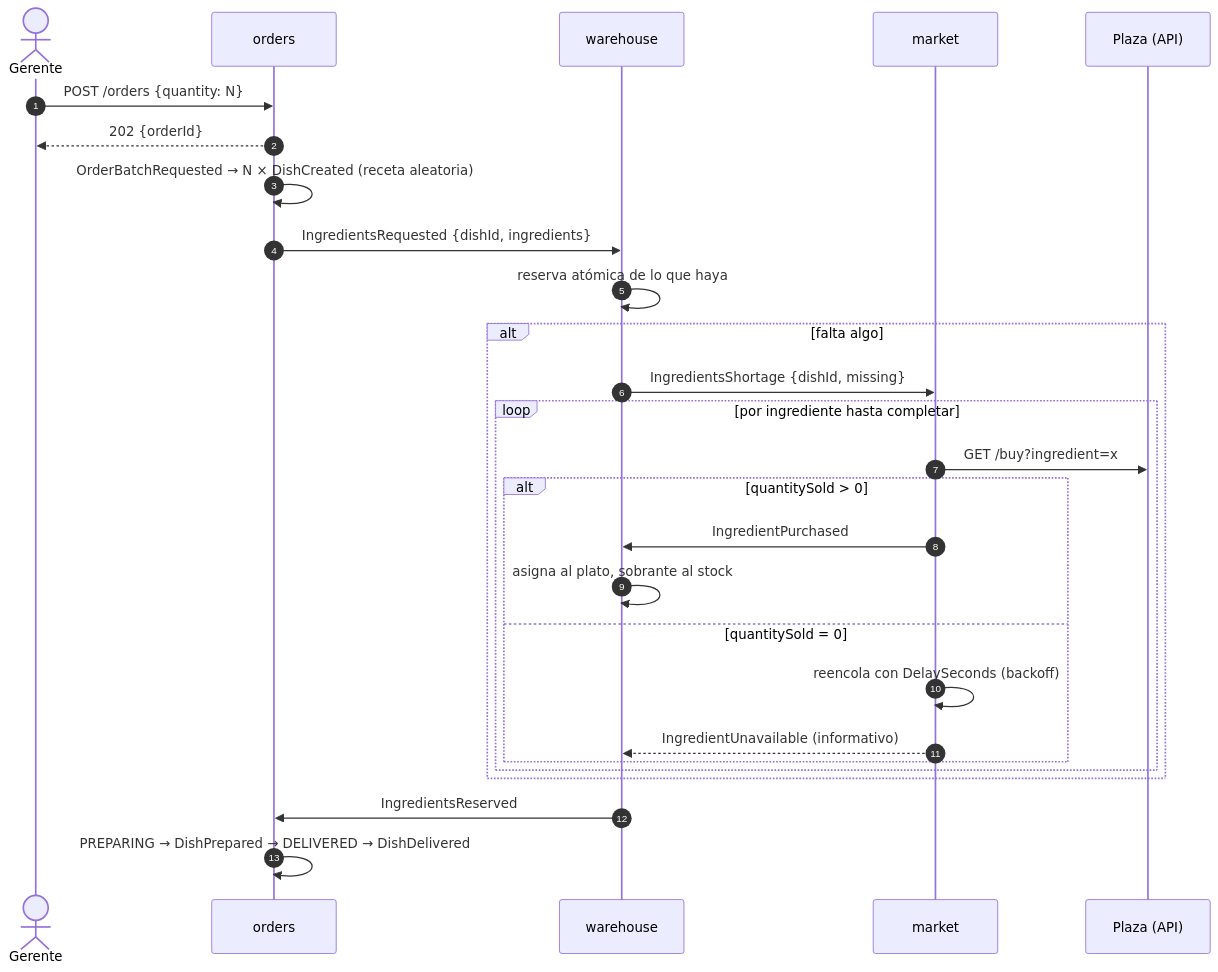
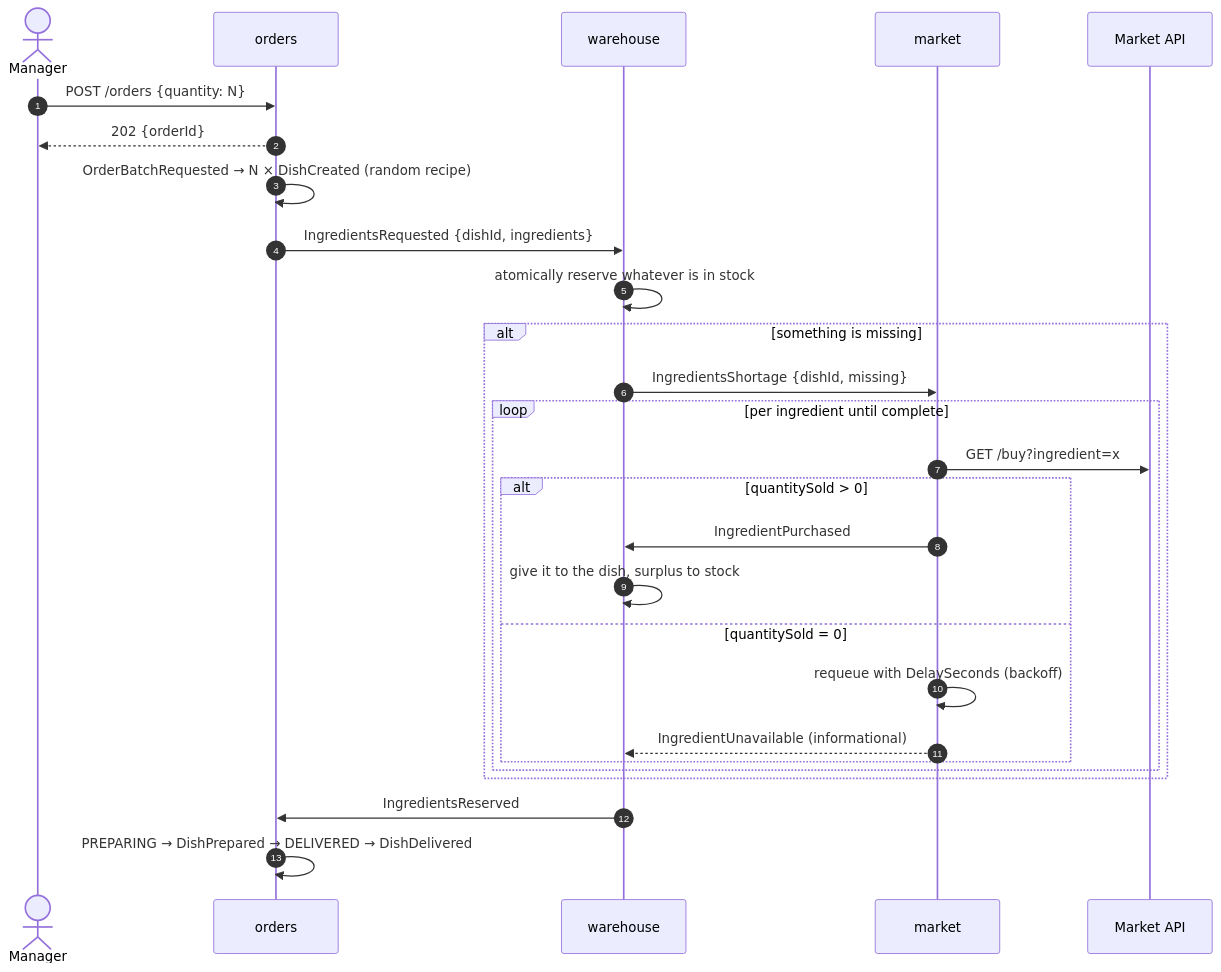
Before and after one commit to miguelcamargo9/free-lunch-day: the second of 2 diagrams in docs/ARCHITECTURE.md, drawn with Mermaid. The commit also changed other lines of this file and 7 other files, not shown here.

Commit message:
docs: translate planning, architecture, ADRs and README to English

````diff
--- a/docs/ARCHITECTURE.md
+++ b/docs/ARCHITECTURE.md
@@ -48,30 +48,30 @@
 ```mermaid
 sequenceDiagram
   autonumber
-  actor G as Gerente
+  actor M as Manager
   participant O as orders
   participant W as warehouse
-  participant M as market
-  participant P as Plaza (API)
+  participant K as market
+  participant P as Market API
 
-  G->>O: POST /orders {quantity: N}
-  O-->>G: 202 {orderId}
-  O->>O: OrderBatchRequested → N × DishCreated (receta aleatoria)
+  M->>O: POST /orders {quantity: N}
+  O-->>M: 202 {orderId}
+  O->>O: OrderBatchRequested → N × DishCreated (random recipe)
   O->>W: IngredientsRequested {dishId, ingredients}
-  W->>W: reserva atómica de lo que haya
-  alt falta algo
-    W->>M: IngredientsShortage {dishId, missing}
-    loop por ingrediente hasta completar
-      M->>P: GET /buy?ingredient=x
+  W->>W: atomically reserve whatever is in stock
+  alt something is missing
+    W->>K: IngredientsShortage {dishId, missing}
+    loop per ingredient until complete
+      K->>P: GET /buy?ingredient=x
       alt quantitySold > 0
-        M->>W: IngredientPurchased
-        W->>W: asigna al plato, sobrante al stock
+        K->>W: IngredientPurchased
+        W->>W: give it to the dish, surplus to stock
       else quantitySold = 0
-        M->>M: reencola con DelaySeconds (backoff)
-        M-->>W: IngredientUnavailable (informativo)
+        K->>K: requeue with DelaySeconds (backoff)
+        K-->>W: IngredientUnavailable (informational)
       end
     end
   end
   W->>O: IngredientsReserved
   O->>O: PREPARING → DishPrepared → DELIVERED → DishDelivered
 ```
````
